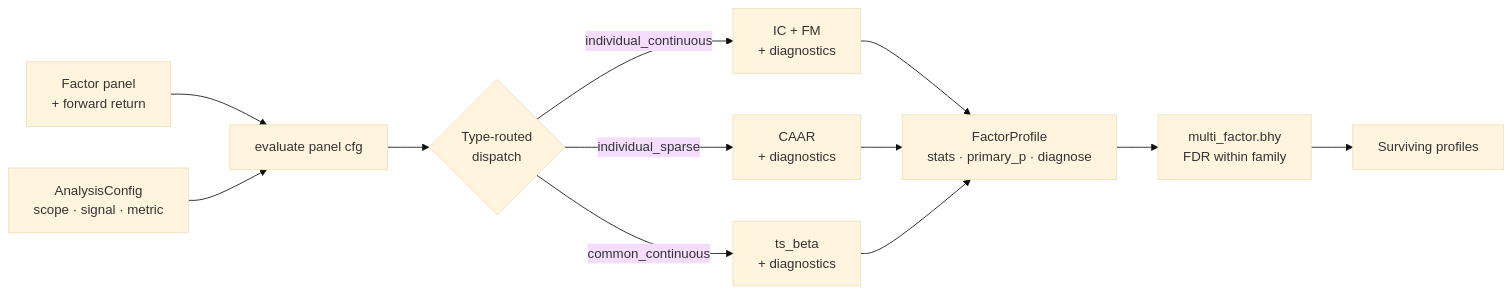
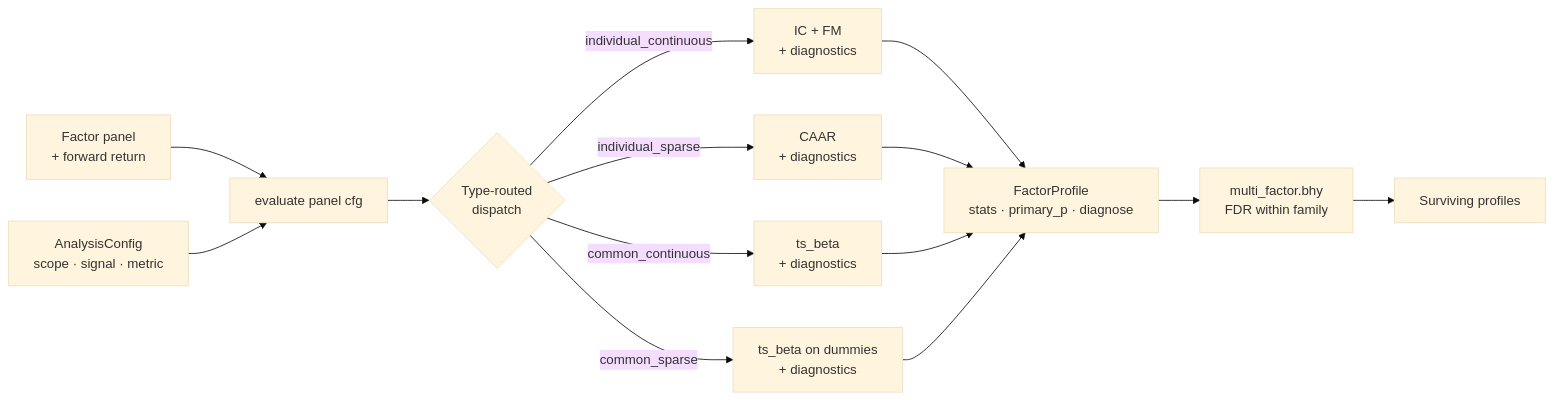
One commit to awwesomeman/factrix changed the second of 3 diagrams in docs/where-factrix-fits.md. Above: the diagram before and after it, drawn with Mermaid (base theme).

Commit message:
docs(where-factrix-fits): add common_sparse dispatch arm (#336)
M2 of #336. The §2.2 internals mermaid claimed (scope, signal,
metric, mode) 4-axis dispatch in the surrounding prose but
only drew three arms (individual_continuous, individual_sparse,
common_continuous), missing common_sparse. The mismatch made
the chart look like factrix has three factor types rather
than the documented four.

Add the common_sparse arm (ts_beta on dummies) so the chart
matches the factory list and the prose. architecture.md's
global mermaid stays at the single collapsed FactorProcedure
node — that collapse is intentional and documented inline
("keeps the high-level dispatch path legible on mobile widths")
and serves a different abstraction level than the call-graph
drill-down on where-factrix-fits.

Refs #336

````diff
--- a/docs/where-factrix-fits.md
+++ b/docs/where-factrix-fits.md
@@ -72,14 +72,16 @@
 ```mermaid
 flowchart LR
     PANEL[Factor panel<br/>+ forward return] --> EVAL[evaluate panel cfg]
     CFG[AnalysisConfig<br/>scope · signal · metric] --> EVAL
     EVAL --> DISP{Type-routed<br/>dispatch}
     DISP -->|individual_continuous| CS[IC + FM<br/>+ diagnostics]
     DISP -->|individual_sparse| EV[CAAR<br/>+ diagnostics]
     DISP -->|common_continuous| CO[ts_beta<br/>+ diagnostics]
+    DISP -->|common_sparse| DUM[ts_beta on dummies<br/>+ diagnostics]
     CS --> PROF[FactorProfile<br/>stats · primary_p · diagnose]
     EV --> PROF
     CO --> PROF
+    DUM --> PROF
     PROF --> BHY[multi_factor.bhy<br/>FDR within family]
     BHY --> SURV[Surviving profiles]
 ```
````
